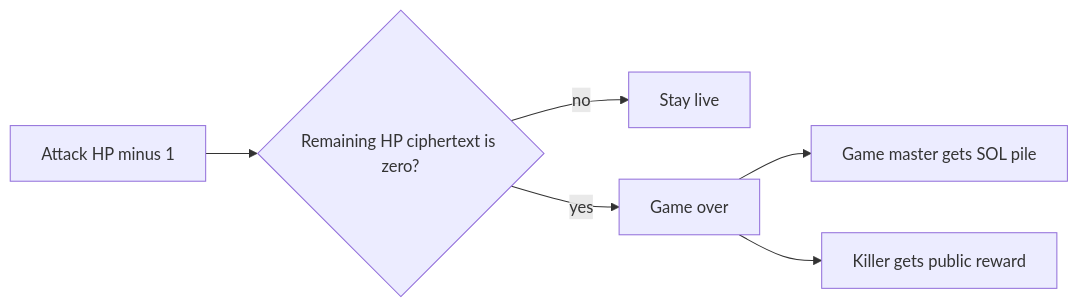
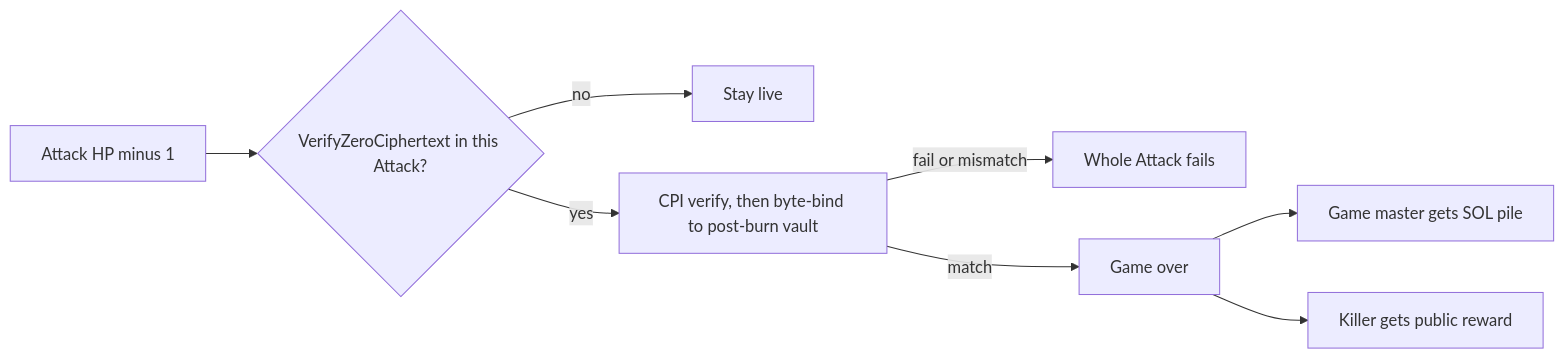
The first of 2 diagrams in docs/program.md (kilogold/confidential-pinata), drawn with Mermaid before and after one commit. The commit also changed other lines of this file and 7 other files, not shown here.

First line of the commit message:
Record arbiter-webapp flows and bound zero-proof kill settlement.

````diff
--- a/docs/program.md
+++ b/docs/program.md
@@ -16,9 +16,11 @@
 ```mermaid
 flowchart LR
   attack[Attack HP minus 1]
-  attack --> proof{"Remaining HP ciphertext is zero?"}
+  attack --> proof{"VerifyZeroCiphertext in this Attack?"}
   proof -->|no| live[Stay live]
-  proof -->|yes| settle[Game over]
+  proof -->|yes| cpi["CPI verify, then byte-bind to post-burn vault"]
+  cpi -->|fail or mismatch| reject[Whole Attack fails]
+  cpi -->|match| settle[Game over]
   settle --> gm[Game master gets SOL pile]
   settle --> killer[Killer gets public reward]
 ```
````
